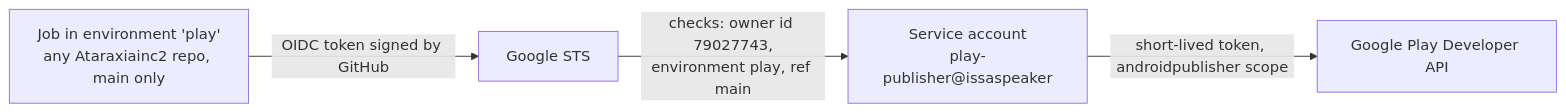
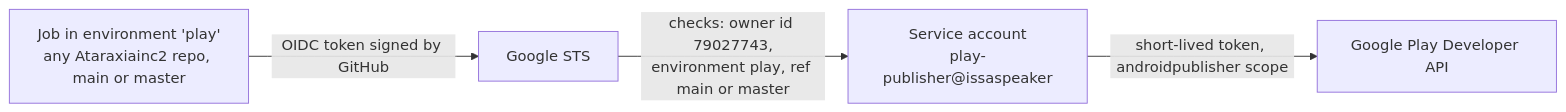
Before and after one commit to Ataraxiainc2/ISSASPEAKER: the diagram in docs/design/PLAY-PUBLISHING.md, drawn with Mermaid. The commit also changed other lines of this file and 2 other files, not shown here.

First line of the commit message:
Play access: main or master branches; four app repos enabled and verified

````diff
--- a/docs/design/PLAY-PUBLISHING.md
+++ b/docs/design/PLAY-PUBLISHING.md
@@ -8,6 +8,6 @@
 ```mermaid
 flowchart LR
-    A[Job in environment 'play'<br/>any Ataraxiainc2 repo, main only] -->|OIDC token signed by GitHub| B[Google STS]
-    B -->|checks: owner id 79027743,<br/>environment play, ref main| C[Service account<br/>play-publisher@issaspeaker]
+    A[Job in environment 'play'<br/>any Ataraxiainc2 repo, main or master] -->|OIDC token signed by GitHub| B[Google STS]
+    B -->|checks: owner id 79027743,<br/>environment play, ref main or master| C[Service account<br/>play-publisher@issaspeaker]
     C -->|short-lived token, androidpublisher scope| D[Google Play Developer API]
 ```
````
